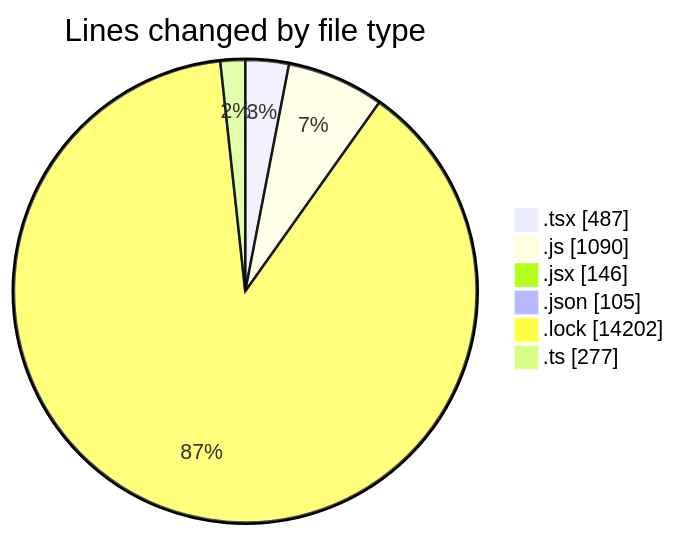
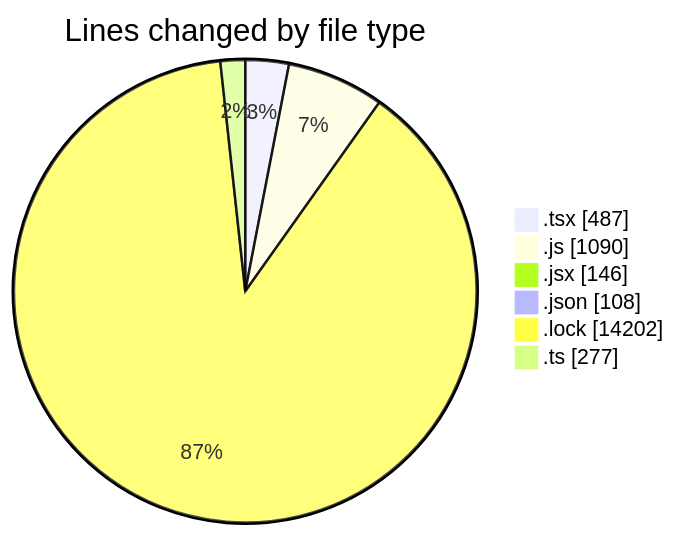
The first of 2 diagrams in 2025-05-08/cda/README.md (momahboobian/code-tracking), drawn with Mermaid before and after one commit. The commit also changed other lines of this file and 1 other file, not shown here.

````diff
--- a/2025-05-08/cda/README.md
+++ b/2025-05-08/cda/README.md
@@ -35,10 +35,10 @@
 ```mermaid
 pie showData
 title Lines changed by file type
 ".tsx" : 487
 ".js" : 1090
 ".jsx" : 146
-".json" : 105
+".json" : 108
 ".lock" : 14202
 ".ts" : 277
 ```
````
